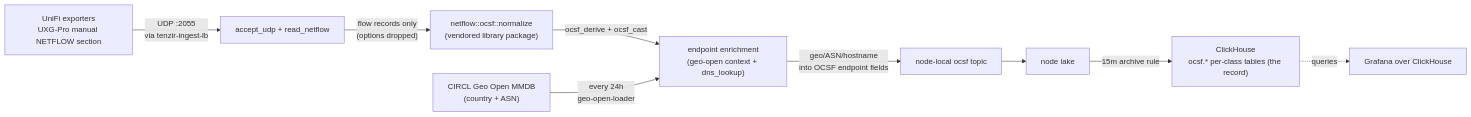
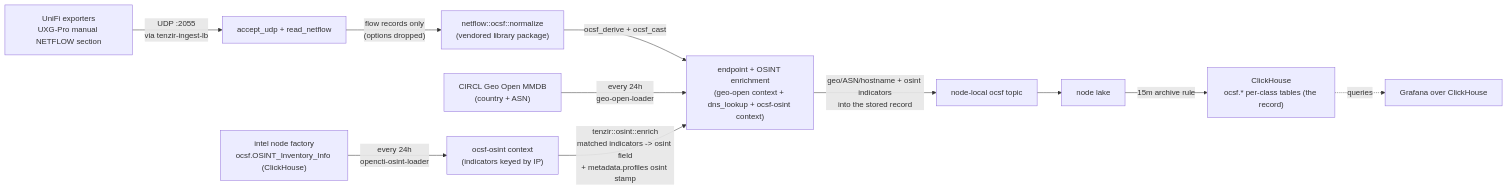
Before and after one commit to Apocrathia/homelab: the diagram in flux/manifests/04-apps/security/tenzir/nodes/netflow/README.md, drawn with Mermaid. The commit also changed other lines of this file and 8 other files, not shown here.

First line of the commit message:
feat(tenzir): wire osint consumption on netflow + repair the intel chain

````diff
--- a/flux/manifests/04-apps/security/tenzir/nodes/netflow/README.md
+++ b/flux/manifests/04-apps/security/tenzir/nodes/netflow/README.md
@@ -36,11 +39,13 @@
 ```mermaid
 flowchart LR
     UE["UniFi exporters<br/>UXG-Pro manual NETFLOW section"] -->|"UDP :2055<br/>via tenzir-ingest-lb"| AU[accept_udp + read_netflow]
     AU -->|"flow records only<br/>(options dropped)"| NORM["netflow::ocsf::normalize<br/>(vendored library package)"]
-    NORM -->|"ocsf_derive + ocsf_cast"| ENR["endpoint enrichment<br/>(geo-open context + dns_lookup)"]
+    NORM -->|"ocsf_derive + ocsf_cast"| ENR["endpoint + OSINT enrichment<br/>(geo-open context + dns_lookup + ocsf-osint context)"]
     CIRCL["CIRCL Geo Open MMDB<br/>(country + ASN)"] -->|"every 24h<br/>geo-open-loader"| ENR
-    ENR -->|"geo/ASN/hostname<br/>into OCSF endpoint fields"| BUS["node-local ocsf topic"]
+    INTEL["intel node factory<br/>ocsf.OSINT_Inventory_Info (ClickHouse)"] -->|"every 24h<br/>opencti-osint-loader"| OSINT["ocsf-osint context<br/>(indicators keyed by IP)"]
+    OSINT -->|"tenzir::osint::enrich<br/>matched indicators -> osint field<br/>+ metadata.profiles osint stamp"| ENR
+    ENR -->|"geo/ASN/hostname + osint indicators<br/>into the stored record"| BUS["node-local ocsf topic"]
     BUS --> LAKE["node lake"]
     LAKE -->|"15m archive rule"| CH["ClickHouse<br/>ocsf.* per-class tables (the record)"]
     CH -.->|"queries"| GRAF["Grafana over ClickHouse"]
 ```
````
